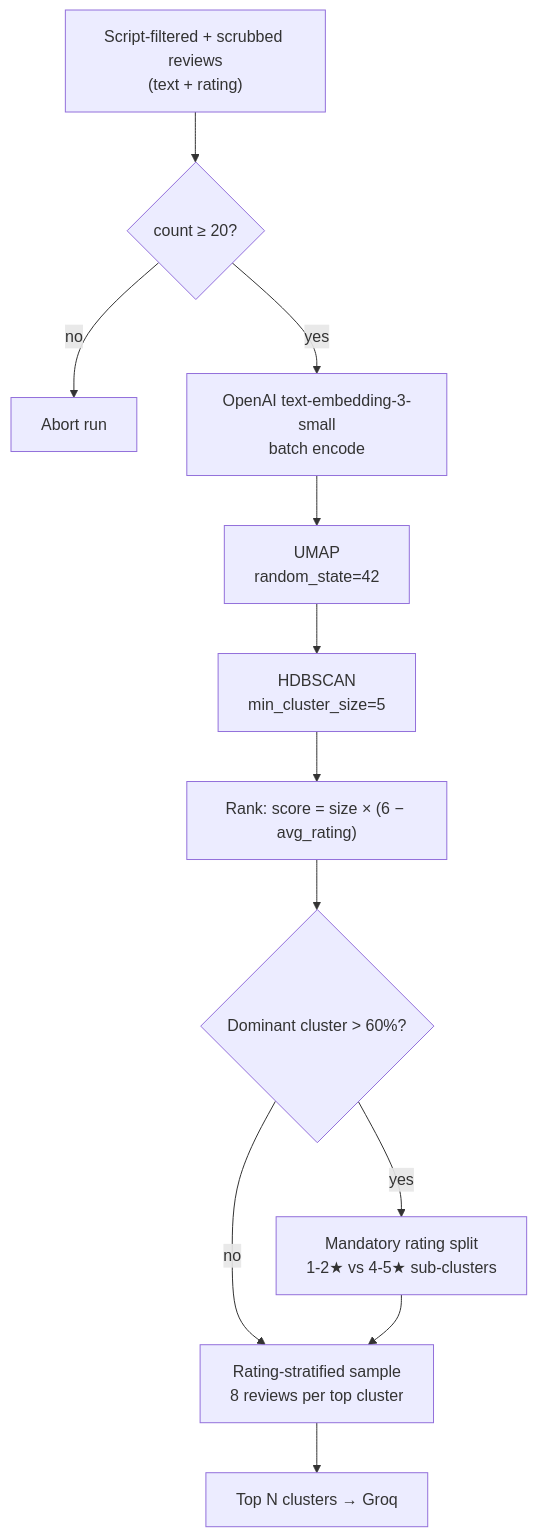
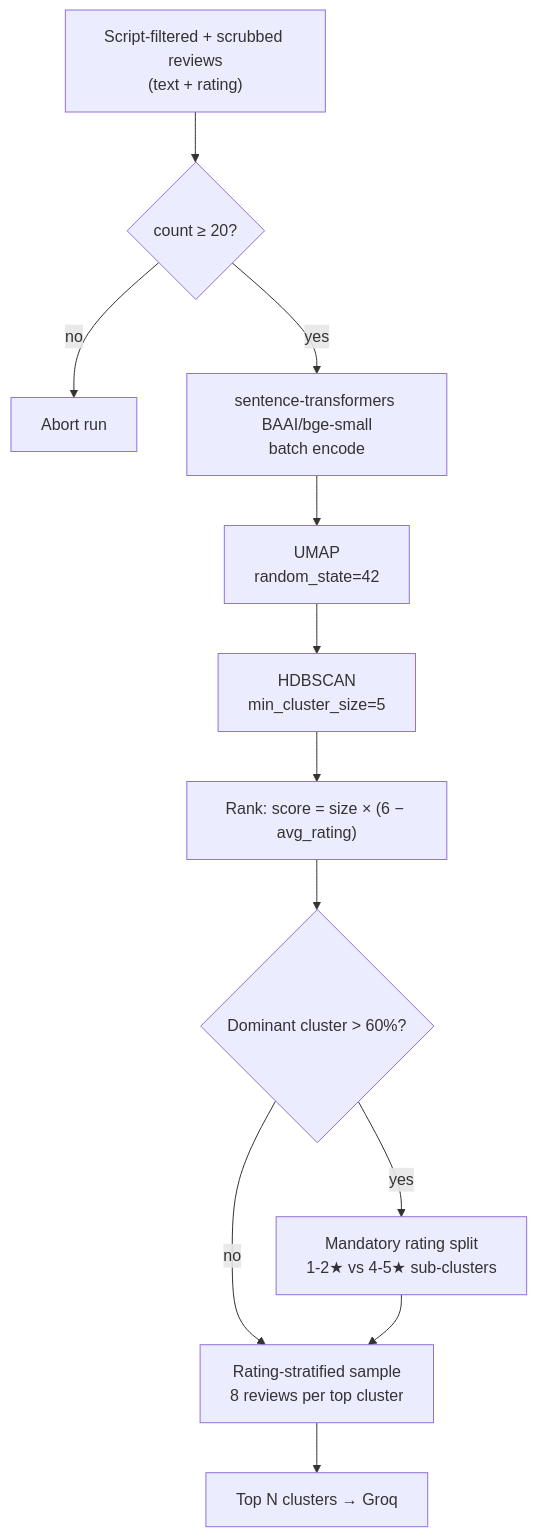
Before and after one commit to Shekhu07/Weekly_Pulse: the fourth of 5 diagrams in docs/architecture.md, drawn with Mermaid. The commit also changed other lines of this file and 1 other file, not shown here.

Commit message:
Update docs: remove stale OpenAI refs, clarify Hugging Face Docker deployment, and document dynamic ingestion

````diff
--- a/docs/architecture.md
+++ b/docs/architecture.md
@@ -318,14 +318,14 @@
 ```mermaid
 flowchart TD
     A["Script-filtered + scrubbed reviews<br/>(text + rating)"] --> B{"count ≥ 20?"}
     B -- "no" --> C["Abort run"]
-    B -- "yes" --> D["OpenAI text-embedding-3-small<br/>batch encode"]
+    B -- "yes" --> D["sentence-transformers BAAI/bge-small<br/>batch encode"]
     D --> E["UMAP<br/>random_state=42"]
     E --> F["HDBSCAN<br/>min_cluster_size=5"]
     F --> G["Rank: score = size × (6 − avg_rating)"]
     G --> H{"Dominant cluster > 60%?"}
     H -- "yes" --> HA["Mandatory rating split<br/>1-2★ vs 4-5★ sub-clusters"]
     H -- "no" --> I["Rating-stratified sample<br/>8 reviews per top cluster"]
     HA --> I
     I --> J["Top N clusters → Groq"]
 ```
````
